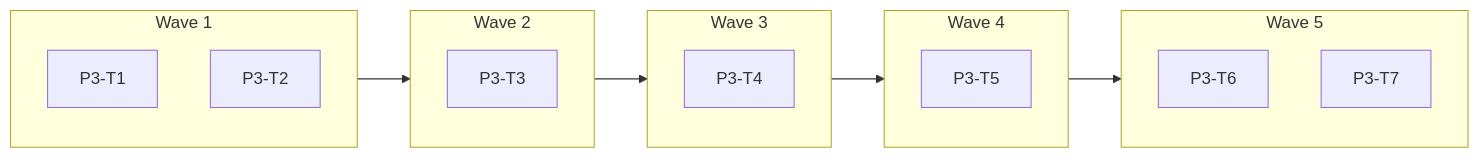
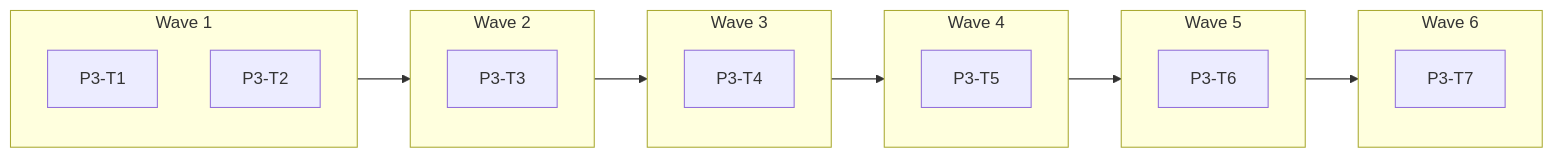
Before and after one commit to giorgosroussos/uplift: the fifth of 11 diagrams in build/docs/phases.md, drawn with Mermaid. The commit also changed other lines of this file and 28 other files, not shown here.

````diff
--- a/build/docs/phases.md
+++ b/build/docs/phases.md
@@ -224,24 +224,27 @@
 ```mermaid
 flowchart LR
   subgraph W1["Wave 1"]
     P3_T1["P3-T1"]
     P3_T2["P3-T2"]
   end
   subgraph W2["Wave 2"]
     P3_T3["P3-T3"]
   end
   W1 --> W2
   subgraph W3["Wave 3"]
     P3_T4["P3-T4"]
   end
   W2 --> W3
   subgraph W4["Wave 4"]
     P3_T5["P3-T5"]
   end
   W3 --> W4
   subgraph W5["Wave 5"]
     P3_T6["P3-T6"]
+  end
+  W4 --> W5
+  subgraph W6["Wave 6"]
     P3_T7["P3-T7"]
   end
-  W4 --> W5
+  W5 --> W6
 ```
````
